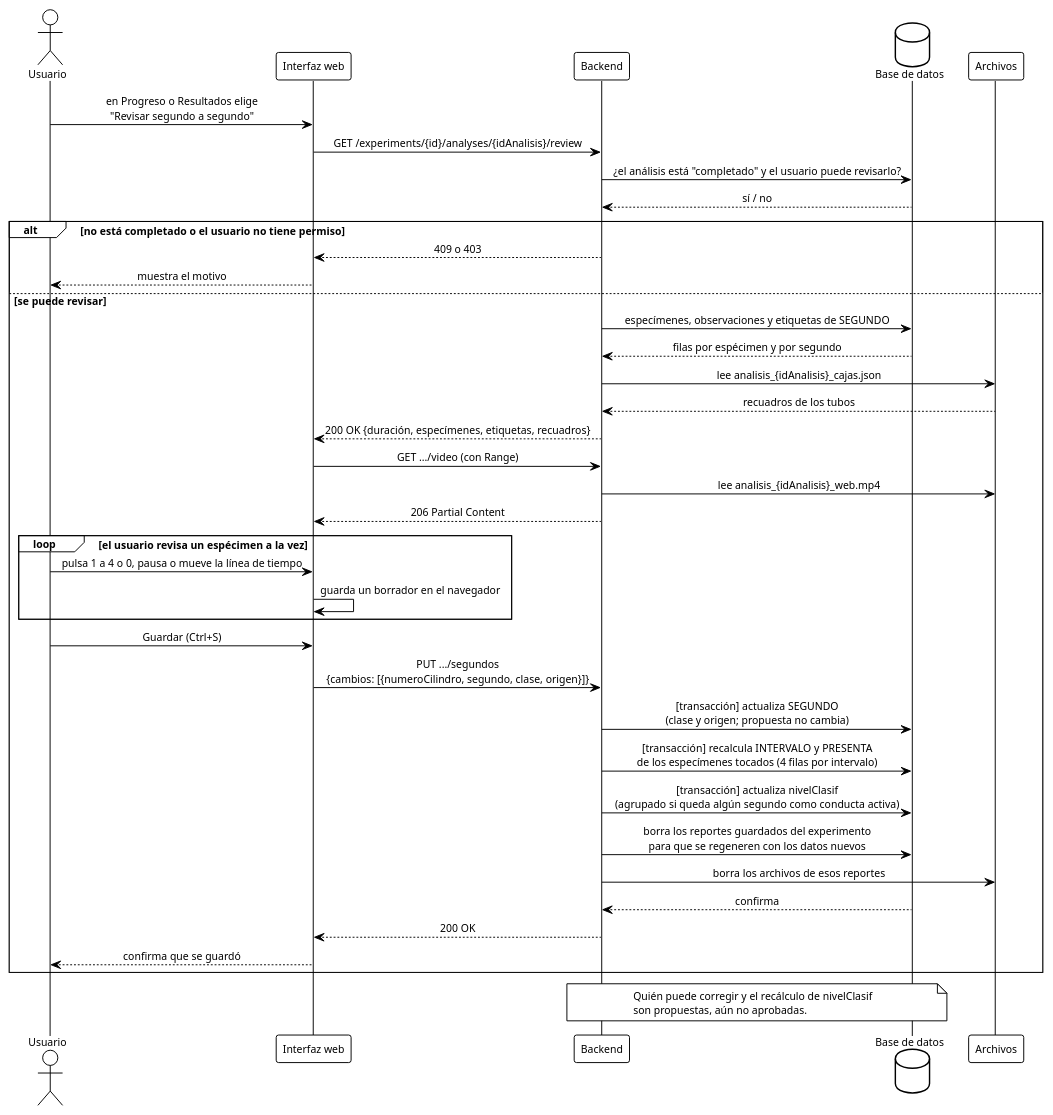
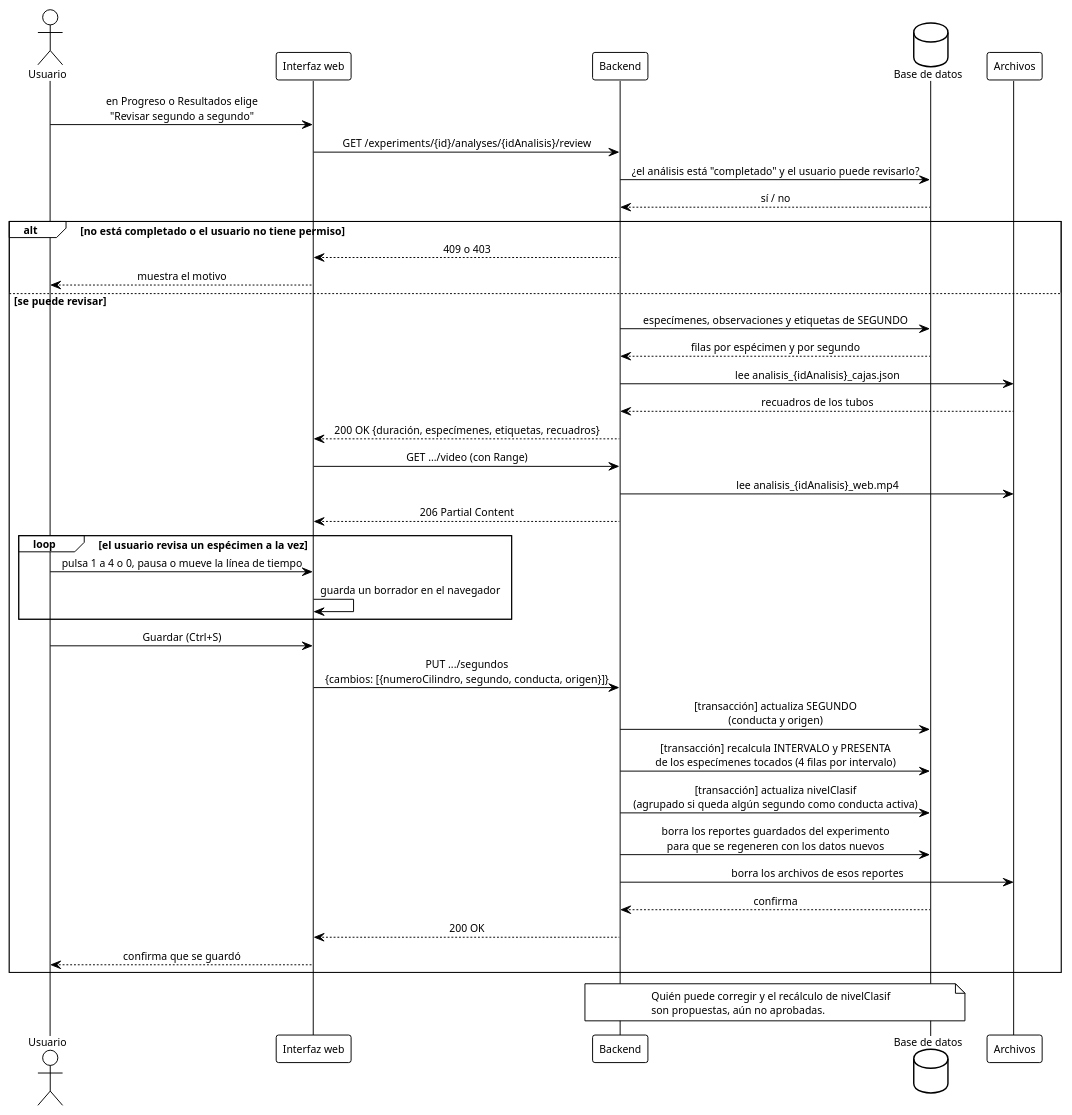
One commit to ErickJester/fst-ai-system-latex changed diagram 34 of 38 in INSTRUCCIONES-WEB.md. Above: the diagram before and after it, drawn with PlantUML. The commit also changed other lines of this file and 28 other files, not shown here.

````diff
--- a/INSTRUCCIONES-WEB.md
+++ b/INSTRUCCIONES-WEB.md
@@ -2298,51 +2291,51 @@
 ```plantuml
 @startuml seq_revision_segundos
 !theme plain
 skinparam defaultFontName Arial
 skinparam defaultFontSize 11
 skinparam shadowing false
 skinparam sequenceMessageAlign center
 skinparam BoxPadding 10
 actor Usuario as u
 participant "Interfaz web" as ui
 participant Backend as api
 database "Base de datos" as db
 participant "Archivos" as fs
 
 u -> ui: en Progreso o Resultados elige\n"Revisar segundo a segundo"
 ui -> api: GET /experiments/{id}/analyses/{idAnalisis}/review
 api -> db: ¿el análisis está "completado" y el usuario puede revisarlo?
 db --> api: sí / no
 alt no está completado o el usuario no tiene permiso
   api --> ui: 409 o 403
   ui --> u: muestra el motivo
 else se puede revisar
   api -> db: especímenes, observaciones y etiquetas de SEGUNDO
   db --> api: filas por espécimen y por segundo
   api -> fs: lee analisis_{idAnalisis}_cajas.json
   fs --> api: recuadros de los tubos
   api --> ui: 200 OK {duración, especímenes, etiquetas, recuadros}
   ui -> api: GET .../video (con Range)
   api -> fs: lee analisis_{idAnalisis}_web.mp4
   api --> ui: 206 Partial Content
   loop el usuario revisa un espécimen a la vez
     u -> ui: pulsa 1 a 4 o 0, pausa o mueve la línea de tiempo
     ui -> ui: guarda un borrador en el navegador
   end
   u -> ui: Guardar (Ctrl+S)
-  ui -> api: PUT .../segundos\n{cambios: [{numeroCilindro, segundo, clase, origen}]}
-  api -> db: [transacción] actualiza SEGUNDO\n(clase y origen; propuesta no cambia)
+  ui -> api: PUT .../segundos\n{cambios: [{numeroCilindro, segundo, conducta, origen}]}
+  api -> db: [transacción] actualiza SEGUNDO\n(conducta y origen)
   api -> db: [transacción] recalcula INTERVALO y PRESENTA\nde los especímenes tocados (4 filas por intervalo)
   api -> db: [transacción] actualiza nivelClasif\n(agrupado si queda algún segundo como conducta activa)
   api -> db: borra los reportes guardados del experimento\npara que se regeneren con los datos nuevos
   api -> fs: borra los archivos de esos reportes
   db --> api: confirma
   api --> ui: 200 OK
   ui --> u: confirma que se guardó
 end
 note over api, db
   Quién puede corregir y el recálculo de nivelClasif
   son propuestas, aún no aprobadas.
 end note
 @enduml
 ```
````
